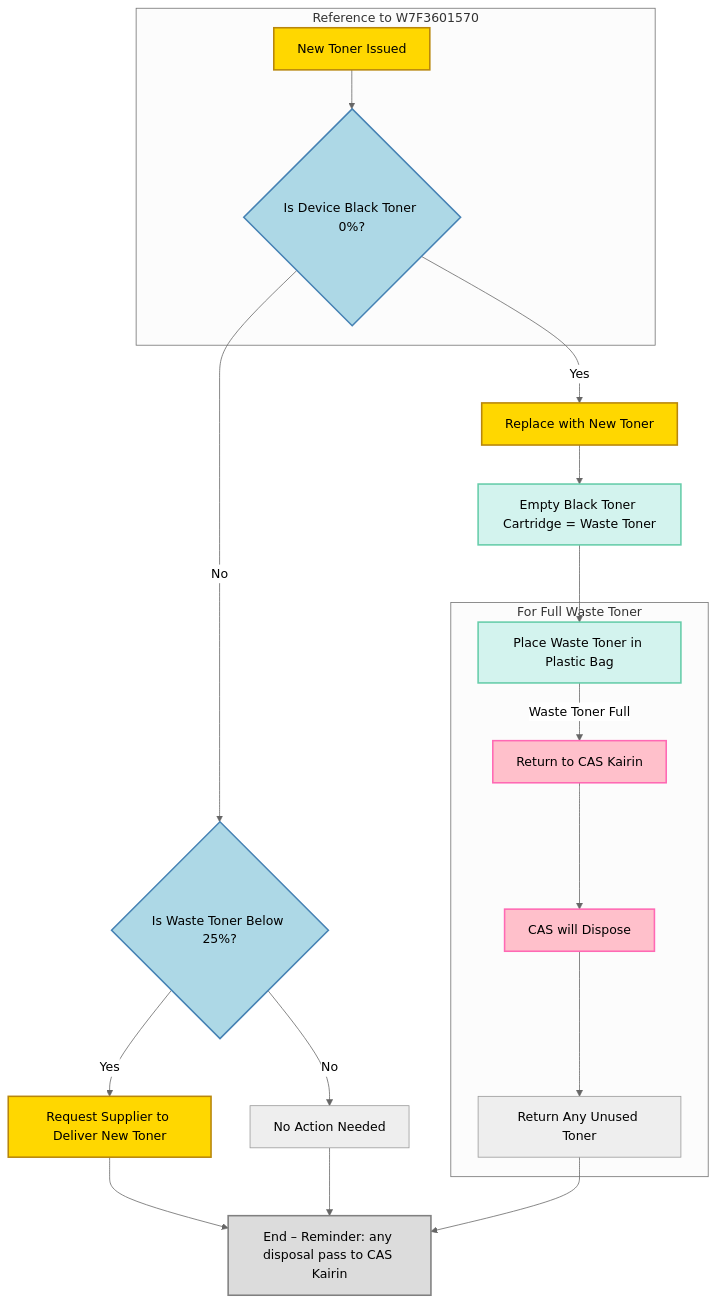
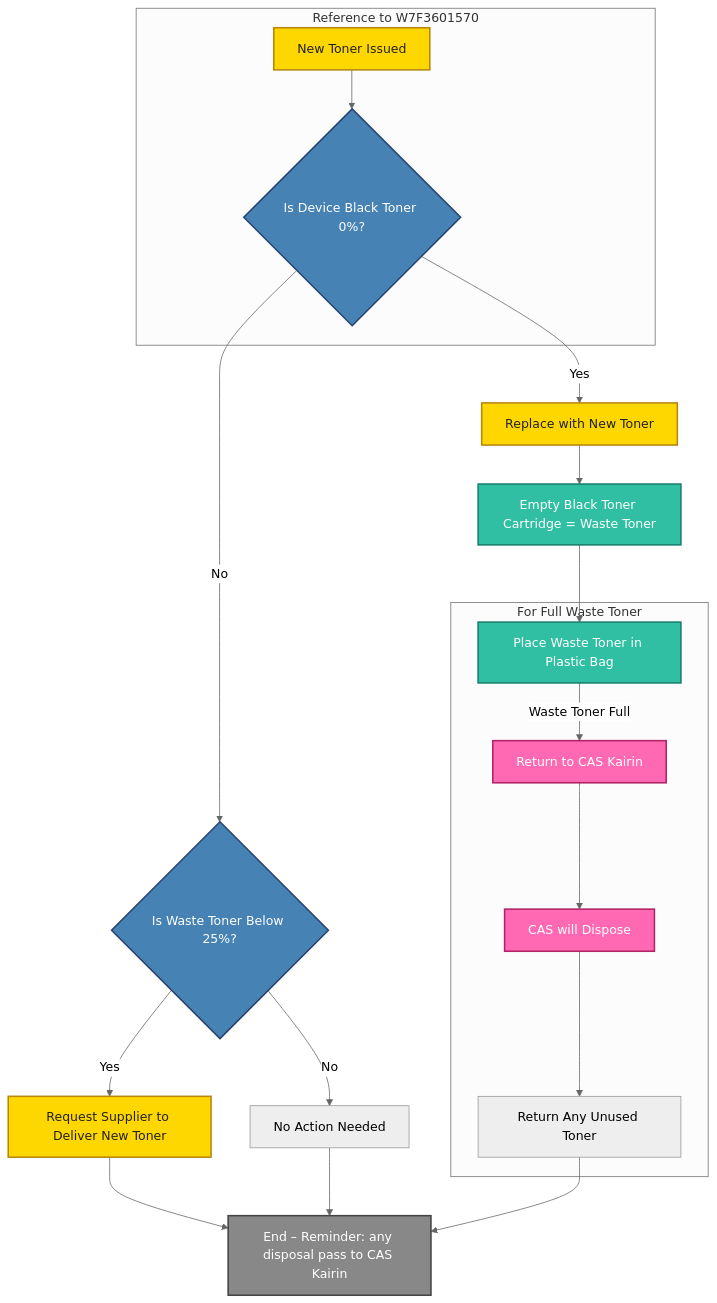
The diagram in CAS/Kyocera/disposal2.md (kairin/mermaid), drawn with Mermaid (neutral theme) before and after one commit.

````diff
--- a/CAS/Kyocera/disposal2.md
+++ b/CAS/Kyocera/disposal2.md
@@ -1,43 +1,43 @@
 ```mermaid
 
 graph TD
     A[New Toner Issued] --> B{Is Device Black Toner 0%?}
     B -- Yes --> C[Replace with New Toner]
     C --> D[Empty Black Toner Cartridge = Waste Toner]
     D --> E[Place Waste Toner in Plastic Bag]
     B -- No --> L{Is Waste Toner Below 25%?}
     L -- Yes --> M[Request Supplier to Deliver New Toner]
     M --> K[End – Reminder: any disposal pass to CAS Kairin]
     L -- No --> J[No Action Needed]
     J --> K
     E -- Waste Toner Full --> G[Return to CAS Kairin]
     G --> H[CAS will Dispose]
     H --> I[Return Any Unused Toner]
     I --> K
 
-    %% Subgraphs for visual grouping, optional
     subgraph "Reference to W7F3601570"
         A
         B
     end
     subgraph "For Full Waste Toner"
         E
         G
         H
         I
     end
 
-    %% Class Definitions for Styling
-    classDef important fill:#FFD700,stroke:#B8860B,stroke-width:2px
-    classDef decision fill:#ADD8E6,stroke:#4682B4,stroke-width:2px
-    classDef process fill:#D3F3EE,stroke:#66CDAA,stroke-width:2px
-    classDef disposal fill:#FFC0CB,stroke:#FF69B4,stroke-width:2px
-    classDef endNode fill:#DCDCDC,stroke:#808080,stroke-width:2px
+    %% Improved Class Definitions for Styling
+    classDef important fill:#FFD700,stroke:#B8860B,stroke-width:2px,color:#222
+    classDef decision fill:#4682B4,stroke:#274472,stroke-width:2px,color:#fff
+    classDef process fill:#30bfa3,stroke:#17806D,stroke-width:2px,color:#fff
+    classDef disposal fill:#FF69B4,stroke:#B22267,stroke-width:2px,color:#fff
+    classDef endNode fill:#888888,stroke:#444444,stroke-width:2px,color:#fff
 
     %% Applying Classes to Nodes
     class A,C,M important
     class B,L decision
     class D,E process
     class G,H disposal
     class K endNode
+
 ```
````
